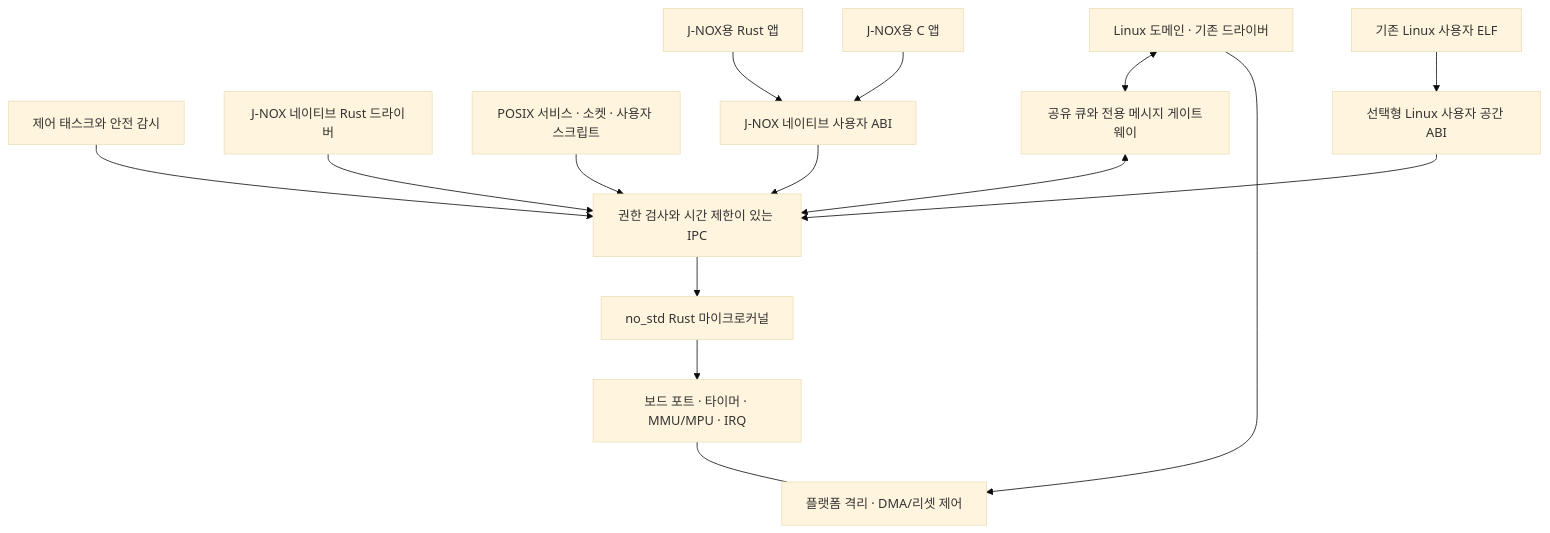
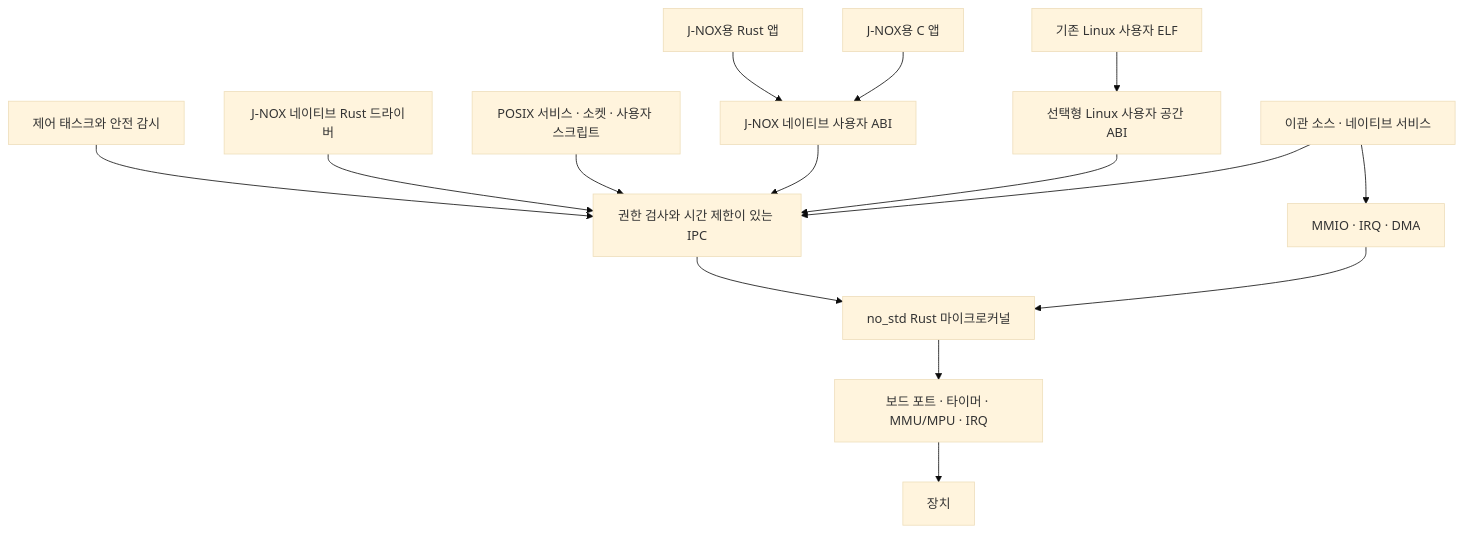
One commit to Romanof123/JNOX changed the diagram in docs/architecture.md. Above: the diagram before and after it, drawn with Mermaid (base theme). The commit also changed other lines of this file and 28 other files, not shown here.

````diff
--- a/docs/architecture.md
+++ b/docs/architecture.md
@@ -5,17 +5,17 @@
 ```mermaid
 flowchart TB
   CONTROL[제어 태스크와 안전 감시] --> IPC[권한 검사와 시간 제한이 있는 IPC]
   NATIVE[J-NOX 네이티브 Rust 드라이버] --> IPC
   APPS[POSIX 서비스 · 소켓 · 사용자 스크립트] --> IPC
   RUST[J-NOX용 Rust 앱] --> SDK[J-NOX 네이티브 사용자 ABI]
   CAPP[J-NOX용 C 앱] --> SDK
   SDK --> IPC
   ELF[기존 Linux 사용자 ELF] --> COMPAT[선택형 Linux 사용자 공간 ABI]
   COMPAT --> IPC
   IPC --> KERNEL[no_std Rust 마이크로커널]
-  LINUX[Linux 도메인 · 기존 드라이버] <--> GATE[공유 큐와 전용 메시지 게이트웨이]
-  GATE <--> IPC
+  IMPORT[이관 소스 · 네이티브 서비스] --> IPC
+  IMPORT --> CAPS[MMIO · IRQ · DMA]
   KERNEL --> BSP[보드 포트 · 타이머 · MMU/MPU · IRQ]
-  LINUX --> PART[플랫폼 격리 · DMA/리셋 제어]
-  BSP --- PART
+  CAPS --> KERNEL
+  BSP --> HW[장치]
 ```
````
